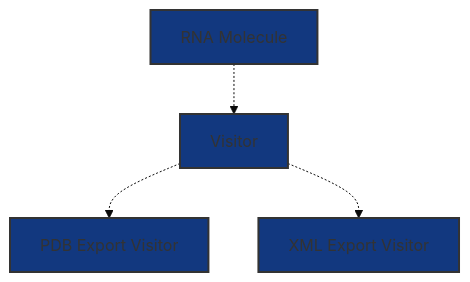
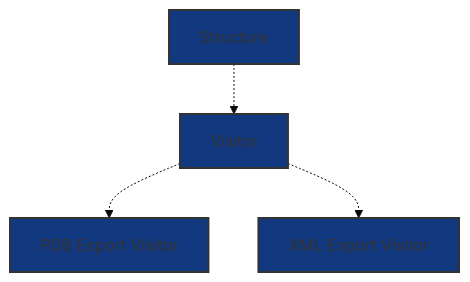
One commit to rna-oop/2425-m1-geniomhe-group-6 changed the diagram in lab3/README.md. Above: the diagram before and after it, drawn with Mermaid (base theme). The commit also changed other lines of this file and 30 other files, not shown here.

````diff
--- a/lab3/README.md
+++ b/lab3/README.md
@@ -856,10 +855,10 @@
 ```mermaid
 graph TD
-    A[RNA Molecule] -.-> B[Visitor]
+    A[Structure] -.-> B[Visitor]
     B -.-> C[PDB Export Visitor]
     B -.-> D[XML Export Visitor]
     style A fill:#12387F,stroke:#333,stroke-width:2px
     style B fill:#12387F,stroke:#333,stroke-width:2px
     style C fill:#12387F,stroke:#333,stroke-width:2px
     style D fill:#12387F,stroke:#333,stroke-width:2px
 ```
````
